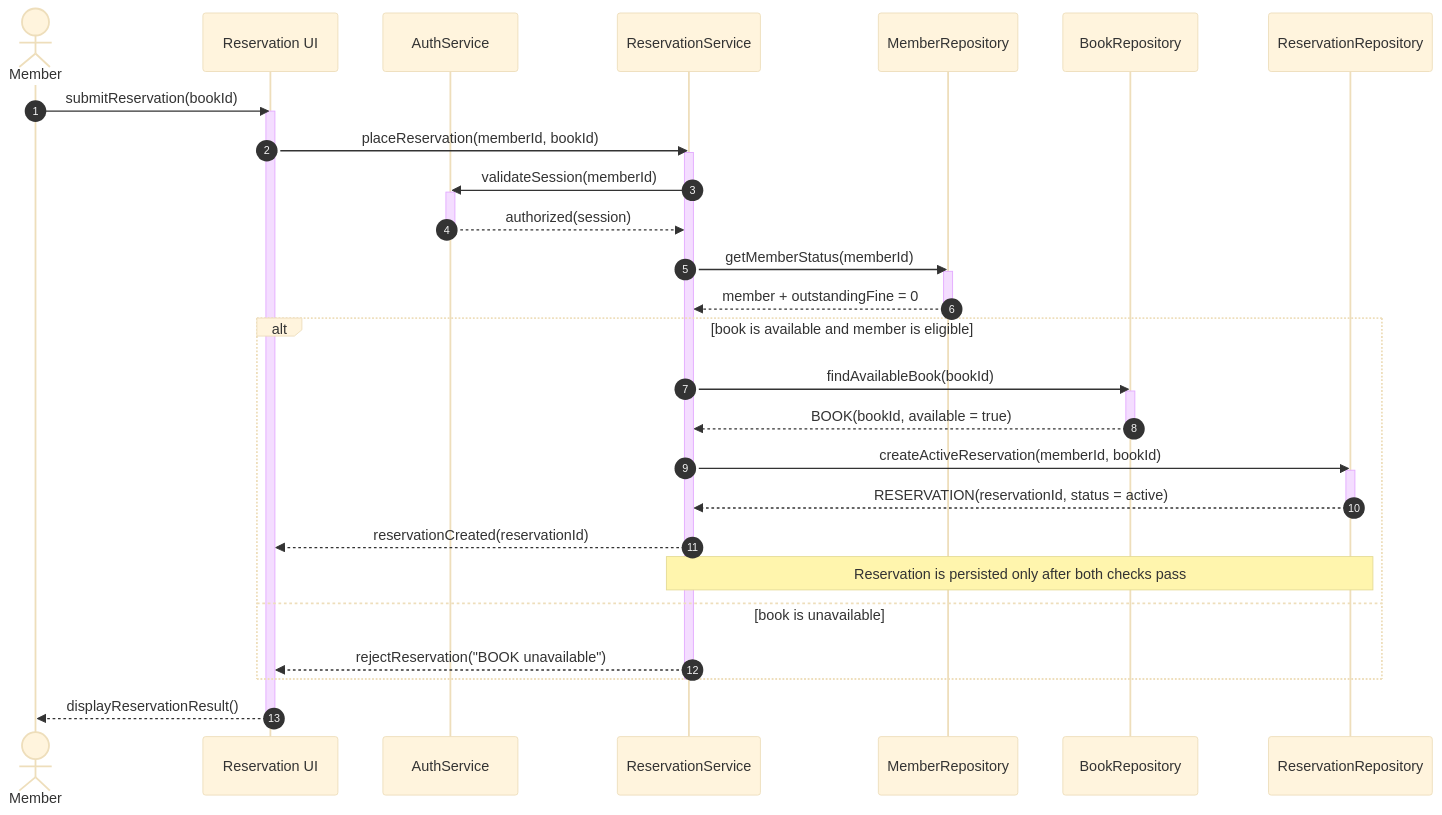
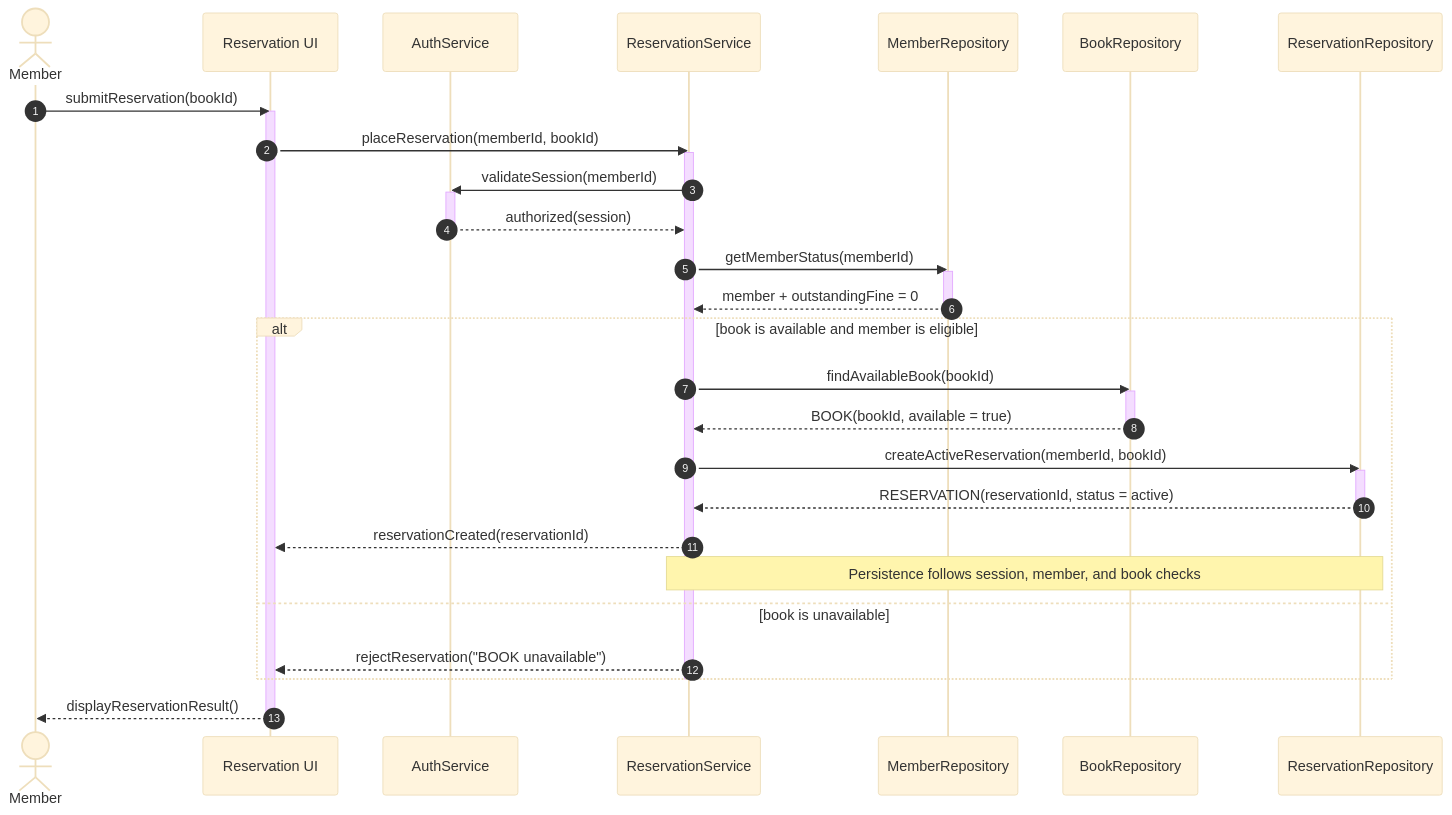
One commit to Mirroxyz/KPI changed the diagram in lab3/reserve-success.mmd. Above: the diagram before and after it, drawn with Mermaid (base theme). The commit also changed 3 other files, not shown here.

```diff
--- a/lab3/reserve-success.mmd
+++ b/lab3/reserve-success.mmd
@@ -1,41 +1,41 @@
 sequenceDiagram
     %% Lab 2 scenario 3: Member reserves an available book
     autonumber
     actor Member
     participant UI as Reservation UI
     participant Auth as AuthService
     participant Service as ReservationService
     participant Members as MemberRepository
     participant Books as BookRepository
     participant Reservations as ReservationRepository
 
     Member->>UI: submitReservation(bookId)
     activate UI
     UI->>Service: placeReservation(memberId, bookId)
     activate Service
     Service->>Auth: validateSession(memberId)
     activate Auth
     Auth-->>Service: authorized(session)
     deactivate Auth
     Service->>Members: getMemberStatus(memberId)
     activate Members
     Members-->>Service: member + outstandingFine = 0
     deactivate Members
 
     alt book is available and member is eligible
         Service->>Books: findAvailableBook(bookId)
         activate Books
         Books-->>Service: BOOK(bookId, available = true)
         deactivate Books
         Service->>Reservations: createActiveReservation(memberId, bookId)
         activate Reservations
         Reservations-->>Service: RESERVATION(reservationId, status = active)
         deactivate Reservations
         Service-->>UI: reservationCreated(reservationId)
-        Note over Service,Reservations: Reservation is persisted only after both checks pass
+        Note over Service,Reservations: Persistence follows session, member, and book checks
     else book is unavailable
         Service-->>UI: rejectReservation("BOOK unavailable")
     end
     deactivate Service
     UI-->>Member: displayReservationResult()
     deactivate UI
```
